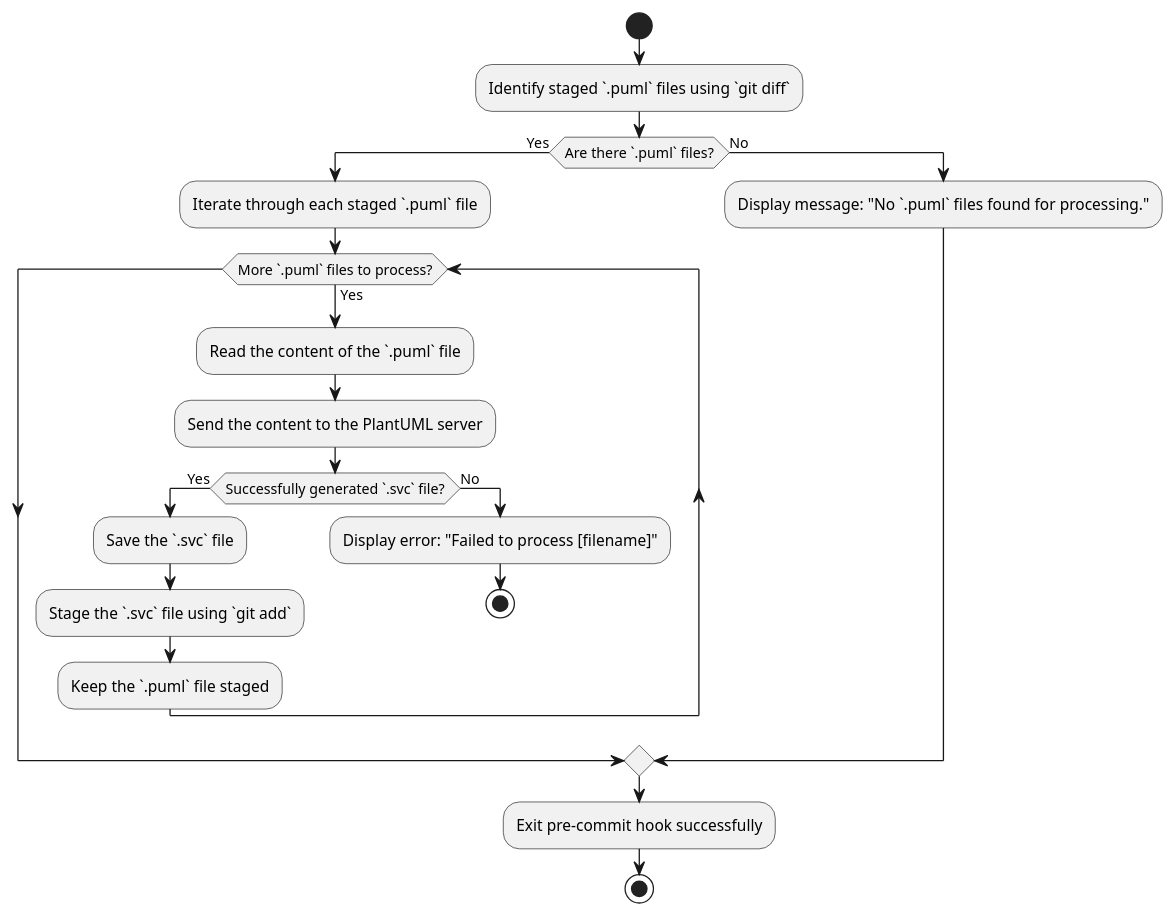
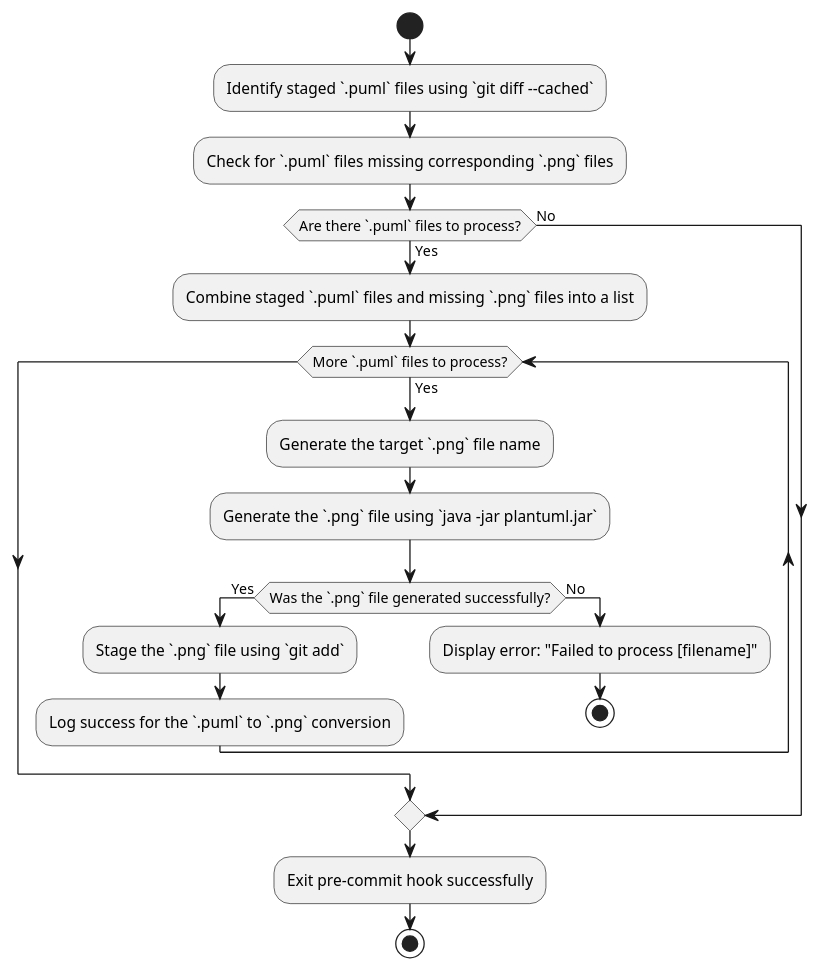
Before and after one commit to sivabankapalli/pre-commit-hooks-plantuml: the diagram in flow-diagrams/PlantUmlTestDiagram.puml, drawn with PlantUML. The commit also changed 1 other file, not shown here.

Commit message:
puml text update

```diff
--- a/flow-diagrams/PlantUmlTestDiagram.puml
+++ b/flow-diagrams/PlantUmlTestDiagram.puml
@@ -1,25 +1,26 @@
 @startuml
 start
 
-:Identify staged `.puml` files using `git diff`;
-if (Are there `.puml` files?) then (Yes)
-  :Iterate through each staged `.puml` file;
+:Identify staged `.puml` files using `git diff --cached`;
+:Check for `.puml` files missing corresponding `.png` files;
+
+if (Are there `.puml` files to process?) then (Yes)
+  :Combine staged `.puml` files and missing `.png` files into a list;
   while (More `.puml` files to process?) is (Yes)
-    :Read the content of the `.puml` file;
-    :Send the content to the PlantUML server;
-    if (Successfully generated `.svc` file?) then (Yes)
-      :Save the `.svc` file;
-      :Stage the `.svc` file using `git add`;
-      :Keep the `.puml` file staged;
+    :Generate the target `.png` file name;
+    :Generate the `.png` file using `java -jar plantuml.jar`;
+    
+    if (Was the `.png` file generated successfully?) then (Yes)
+      :Stage the `.png` file using `git add`;
+      :Log success for the `.puml` to `.png` conversion;
     else (No)
       :Display error: "Failed to process [filename]";
       stop
     endif
   endwhile
 else (No)
-  :Display message: "No `.puml` files found for processing.";
 endif
 
 :Exit pre-commit hook successfully;
 stop
 @enduml
```
